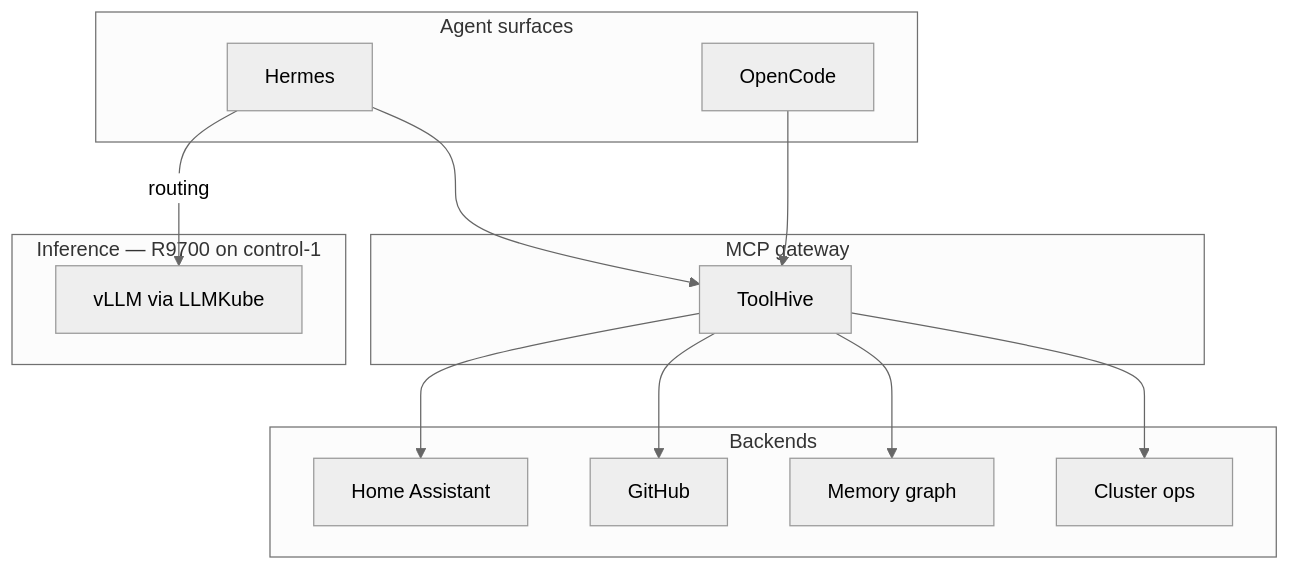
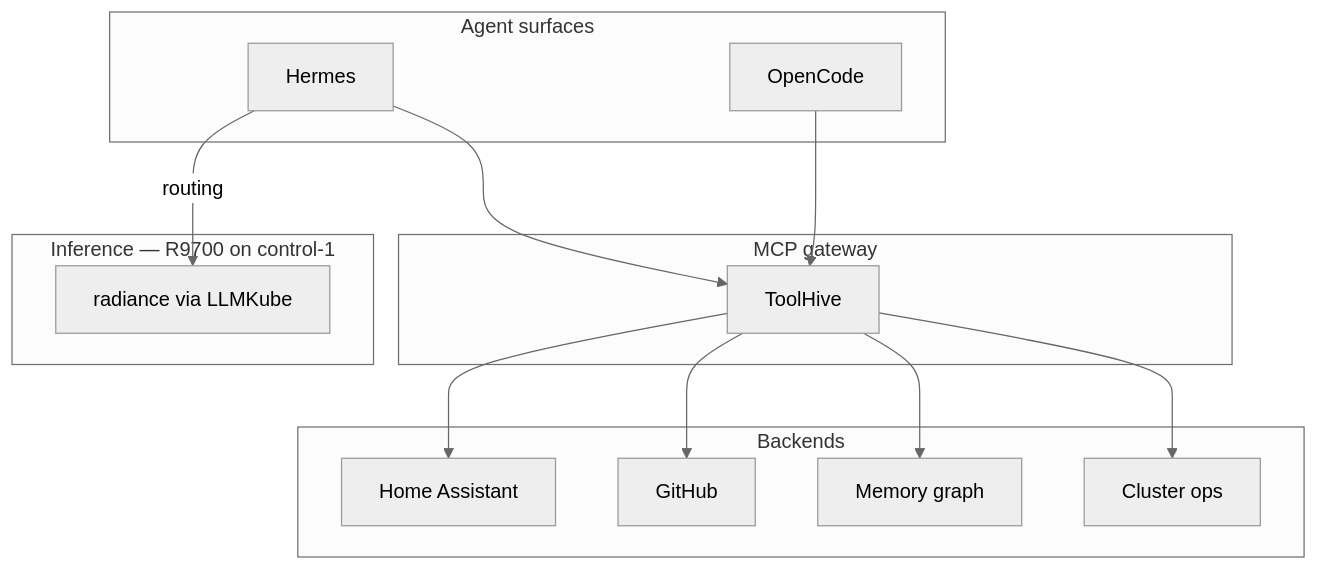
Before and after one commit to Tanguille/cluster: the second of 2 diagrams in README.md, drawn with Mermaid (neutral theme). The commit also changed other lines of this file and 25 other files, not shown here.

First line of the commit message:
feat(llmkube): serve qwen-3.8 with radiance (#6452)

````diff
--- a/README.md
+++ b/README.md
@@ -186,30 +186,30 @@
 ```mermaid
 flowchart TB
     subgraph Surfaces[Agent surfaces]
         H[Hermes]
         OC[OpenCode]
     end
 
     subgraph Gateway[MCP gateway]
         TH[ToolHive]
     end
 
     subgraph Backends[Backends]
         HA[Home Assistant]
         GH[GitHub]
         MG[Memory graph]
         K8S[Cluster ops]
     end
 
     subgraph Inference[Inference — R9700 on control-1]
-        LLM[vLLM via LLMKube]
+        LLM[radiance via LLMKube]
     end
 
     H --> TH
     OC --> TH
     TH --> HA
     TH --> GH
     TH --> MG
     TH --> K8S
     H -->|routing| LLM
 ```
````
